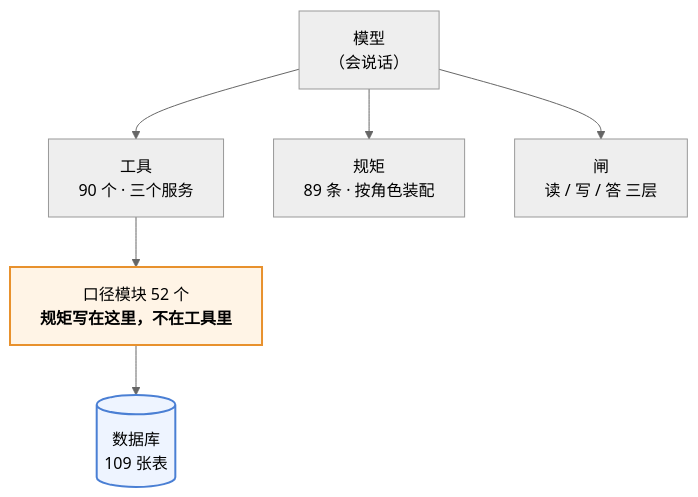
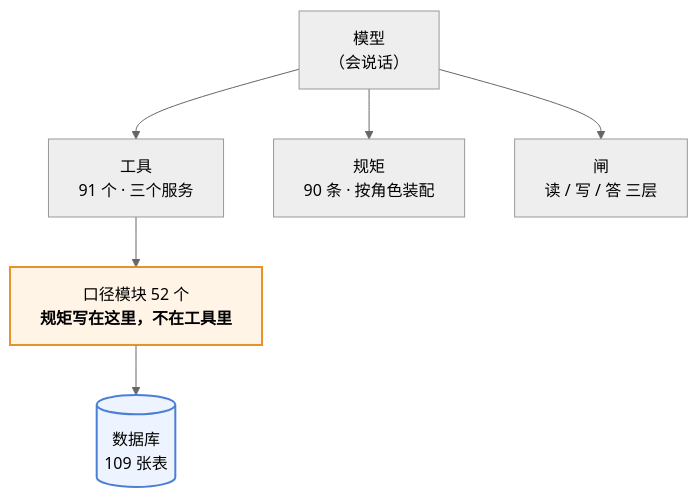
The first of 3 diagrams in 澜绣云裳agent-产品说明.md (843773296-rgb/lanxiu-yunshang-agent), drawn with Mermaid (neutral theme) before and after one commit. The commit also changed other lines of this file and 11 other files, not shown here.

````diff
--- a/澜绣云裳agent-产品说明.md
+++ b/澜绣云裳agent-产品说明.md
@@ -62,12 +62,12 @@
 ```mermaid
 flowchart TD
     M["模型<br/>（会说话）"]
-    M --> T["工具<br/>90 个 · 三个服务"]
-    M --> R["规矩<br/>89 条 · 按角色装配"]
+    M --> T["工具<br/>91 个 · 三个服务"]
+    M --> R["规矩<br/>90 条 · 按角色装配"]
     M --> G["闸<br/>读 / 写 / 答 三层"]
     T --> K["口径模块 52 个<br/><b>规矩写在这里，不在工具里</b>"]
     K --> DB[("数据库<br/>109 张表")]
 
     style K fill:#fff4e6,stroke:#e8912d,stroke-width:2px
     style DB fill:#eef4ff,stroke:#4a7fd4,stroke-width:2px
 ```
````
